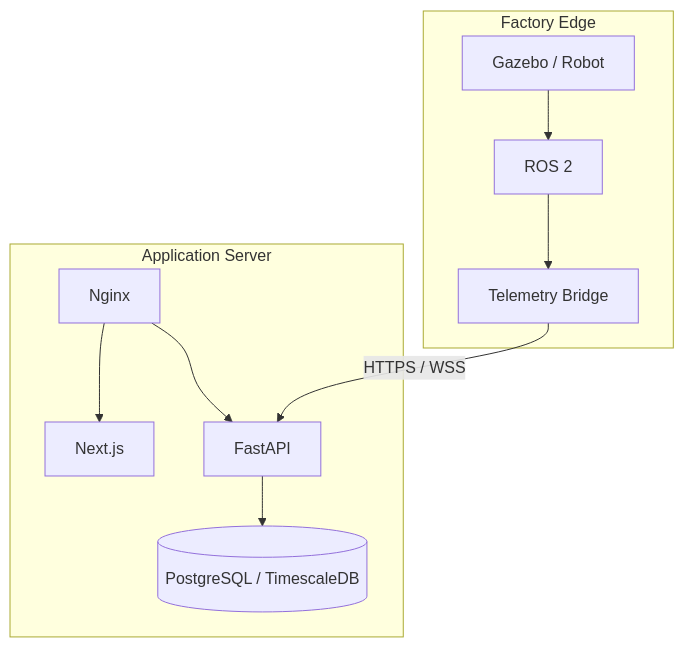
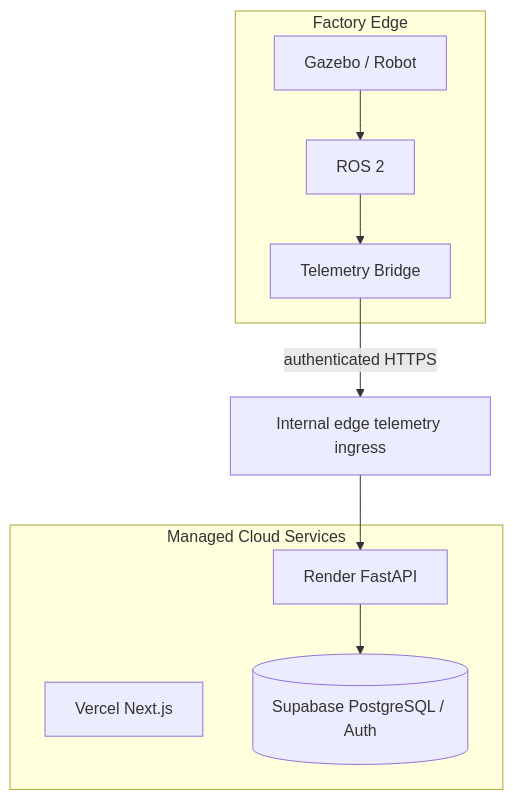
One commit to HoangTuBangGia/EV-Factory-Twin changed diagram 14 of 14 in docs/architecture.md. Above: the diagram before and after it, drawn with Mermaid. The commit also changed other lines of this file and 25 other files, not shown here.

Commit message:
chore: establish core contracts and cloud-edge deployment baseline

````diff
--- a/docs/architecture.md
+++ b/docs/architecture.md
@@ -2330,25 +2315,23 @@
 ```mermaid
 flowchart TB
 
-    subgraph CLOUD["Application Server"]
-        NG[Nginx]
-        WEB[Next.js]
-        API[FastAPI]
-        DB[(PostgreSQL / TimescaleDB)]
+    subgraph CLOUD["Managed Cloud Services"]
+        WEB[Vercel Next.js]
+        API[Render FastAPI]
+        DB[(Supabase PostgreSQL / Auth)]
 
-        NG --> WEB
-        NG --> API
         API --> DB
     end
 
     subgraph EDGE["Factory Edge"]
         ROS[ROS 2]
         BRIDGE[Telemetry Bridge]
         ROBOT[Gazebo / Robot]
 
         ROBOT --> ROS
         ROS --> BRIDGE
     end
 
-    BRIDGE -->|HTTPS / WSS| API
+    BRIDGE -->|authenticated HTTPS| EDGEAPI[Internal edge telemetry ingress]
+    EDGEAPI --> API
 ```
````
